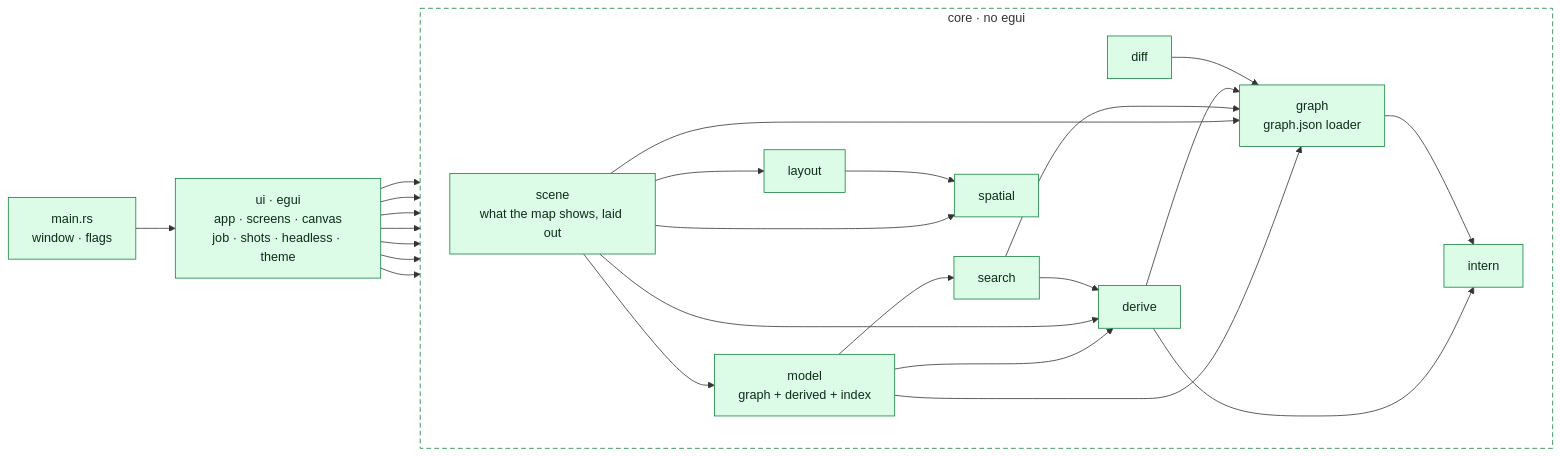
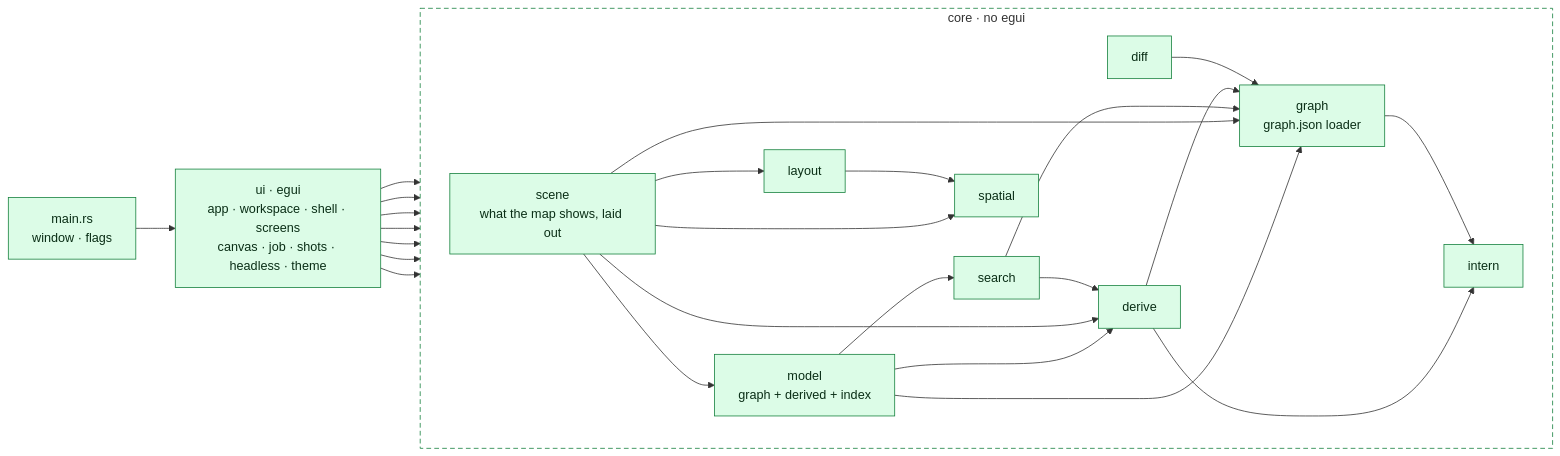
The first of 3 diagrams in docs/architecture/viewer.md (Avicted/tools.pipeline-graph), drawn with Mermaid before and after one commit. The commit also changed 19 other files, not shown here.

````diff
--- a/docs/architecture/viewer.md
+++ b/docs/architecture/viewer.md
@@ -13,46 +13,46 @@
 ```mermaid
 %% view: viewer-modules
 flowchart LR
     main["main.rs<br/>window · flags"]
-    ui["ui · egui<br/>app · screens · canvas<br/>job · shots · headless · theme"]
+    ui["ui · egui<br/>app · workspace · shell · screens<br/>canvas · job · shots · headless · theme"]
     subgraph core["core · no egui"]
         direction LR
         core_model["model<br/>graph + derived + index"]
         core_scene["scene<br/>what the map shows, laid out"]
         core_search["search"]
         core_derive["derive"]
         core_diff["diff"]
         core_graph["graph<br/>graph.json loader"]
         core_intern["intern"]
         core_layout["layout"]
         core_spatial["spatial"]
     end
 
     main --> ui
     ui --> core_model
     ui --> core_scene
     ui --> core_search
     ui --> core_derive
     ui --> core_diff
     ui --> core_graph
     ui --> core_spatial
     core_model --> core_derive
     core_model --> core_graph
     core_model --> core_search
     core_scene --> core_derive
     core_scene --> core_graph
     core_scene --> core_layout
     core_scene --> core_model
     core_scene --> core_spatial
     core_search --> core_derive
     core_search --> core_graph
     core_derive --> core_graph
     core_derive --> core_intern
     core_diff --> core_graph
     core_graph --> core_intern
     core_layout --> core_spatial
 
     classDef rust fill:#dcfce7,stroke:#15803d,color:#0a2e16
     class main,ui,core_model,core_scene,core_search,core_derive,core_diff,core_graph,core_intern,core_layout,core_spatial rust
     style core fill:none,stroke:#15803d,stroke-dasharray:6 4
 ```
````
